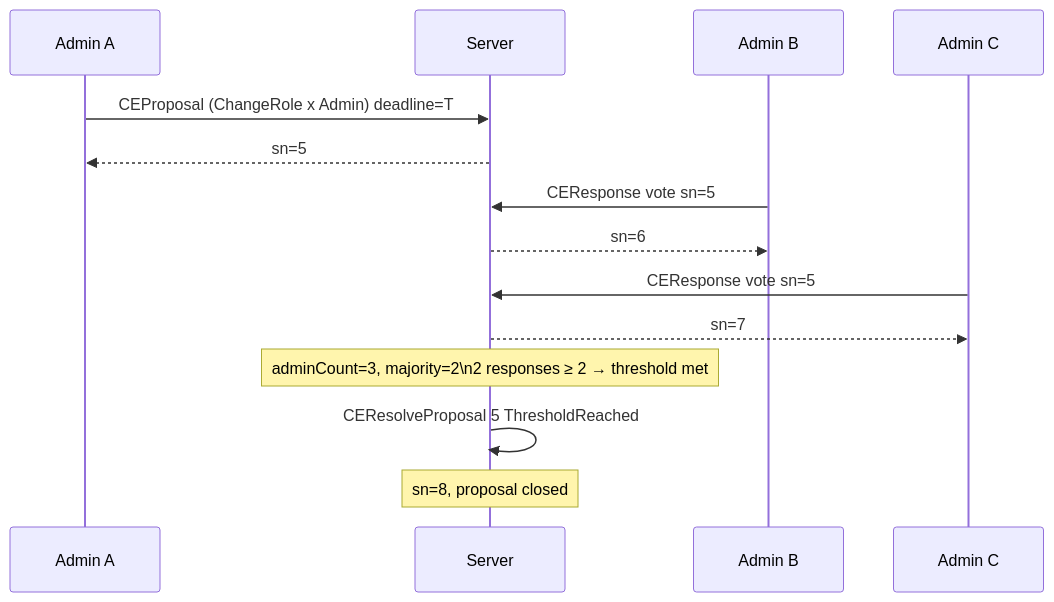
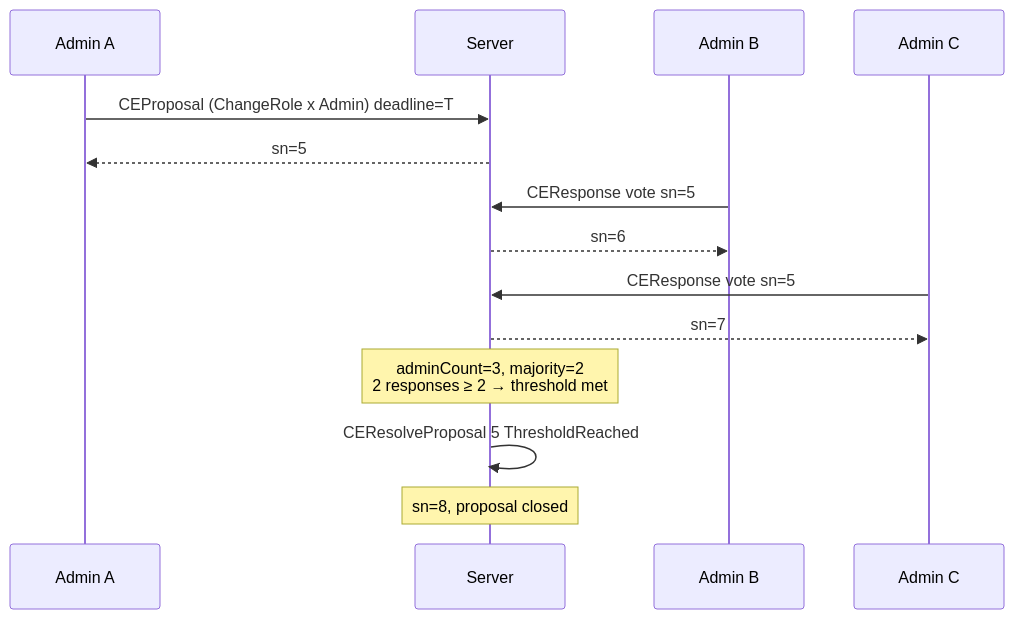
Before and after one commit to paolino/kel-circle: diagram 18 of 20 in docs/docs/architecture.md, drawn with Mermaid. The commit also changed other lines of this file, not shown here.

Commit message:
fix: replace \n with <br/> in mermaid diagram labels

````diff
--- a/docs/docs/architecture.md
+++ b/docs/docs/architecture.md
@@ -529,21 +529,21 @@
 ```mermaid
 sequenceDiagram
     participant A as Admin A
     participant S as Server
     participant B as Admin B
     participant C as Admin C
 
     A->>S: CEProposal (ChangeRole x Admin) deadline=T
     S-->>A: sn=5
 
     B->>S: CEResponse vote sn=5
     S-->>B: sn=6
 
     C->>S: CEResponse vote sn=5
     S-->>C: sn=7
 
-    Note over S: adminCount=3, majority=2\n2 responses ≥ 2 → threshold met
+    Note over S: adminCount=3, majority=2<br/>2 responses ≥ 2 → threshold met
 
     S->>S: CEResolveProposal 5 ThresholdReached
     Note over S: sn=8, proposal closed
 ```
````
